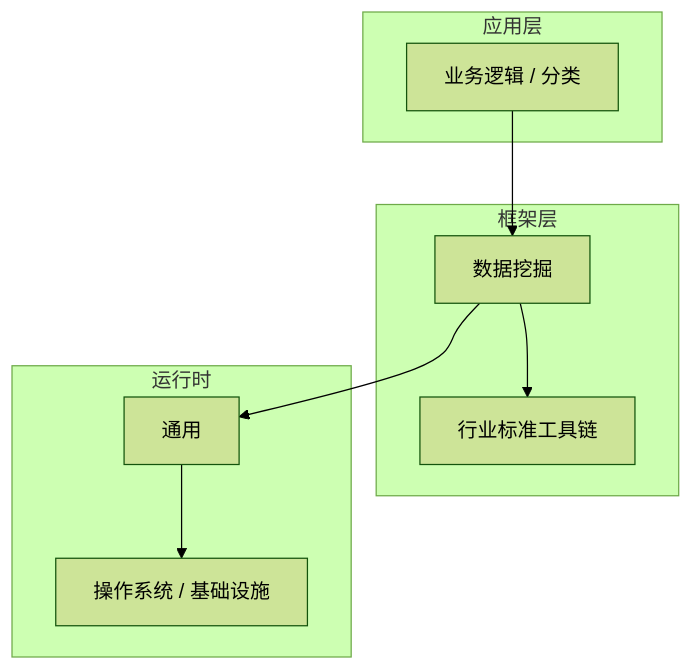
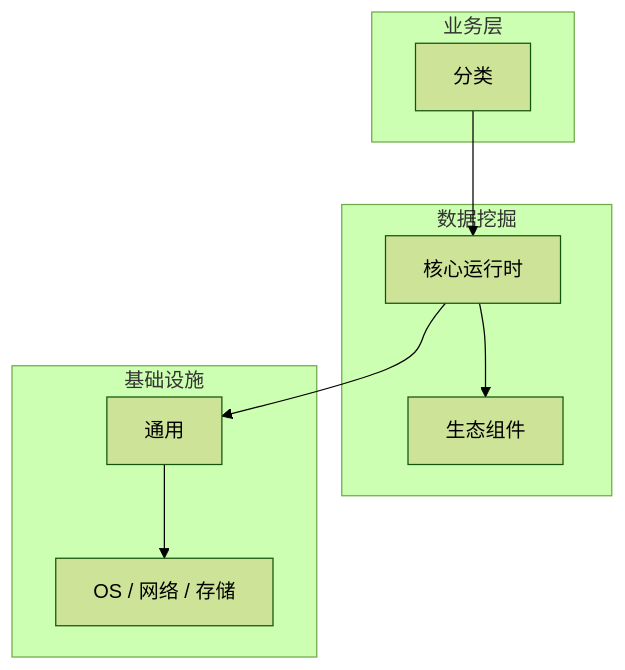
The diagram in articles/数据挖掘/chapters/037-分类核心概念与原理.md (yanggan2015/knowledge-json-v2), drawn with Mermaid (forest theme) before and after one commit. The commit also changed other lines of this file and 10127 other files, not shown here.

````diff
--- a/articles/数据挖掘/chapters/037-分类核心概念与原理.md
+++ b/articles/数据挖掘/chapters/037-分类核心概念与原理.md
@@ -45,18 +30,18 @@
 ```mermaid
 graph TB
-    subgraph 应用层
-        A[业务逻辑 / 分类]
+    subgraph 业务层
+        A[分类]
     end
-    subgraph 框架层
-        B[数据挖掘]
-        C[行业标准工具链]
+    subgraph 数据挖掘
+        B[核心运行时]
+        C[生态组件]
     end
-    subgraph 运行时
+    subgraph 基础设施
         D[通用]
-        E[操作系统 / 基础设施]
+        E[OS / 网络 / 存储]
     end
     A --> B
     B --> C
     B --> D
     D --> E
 ```
````
